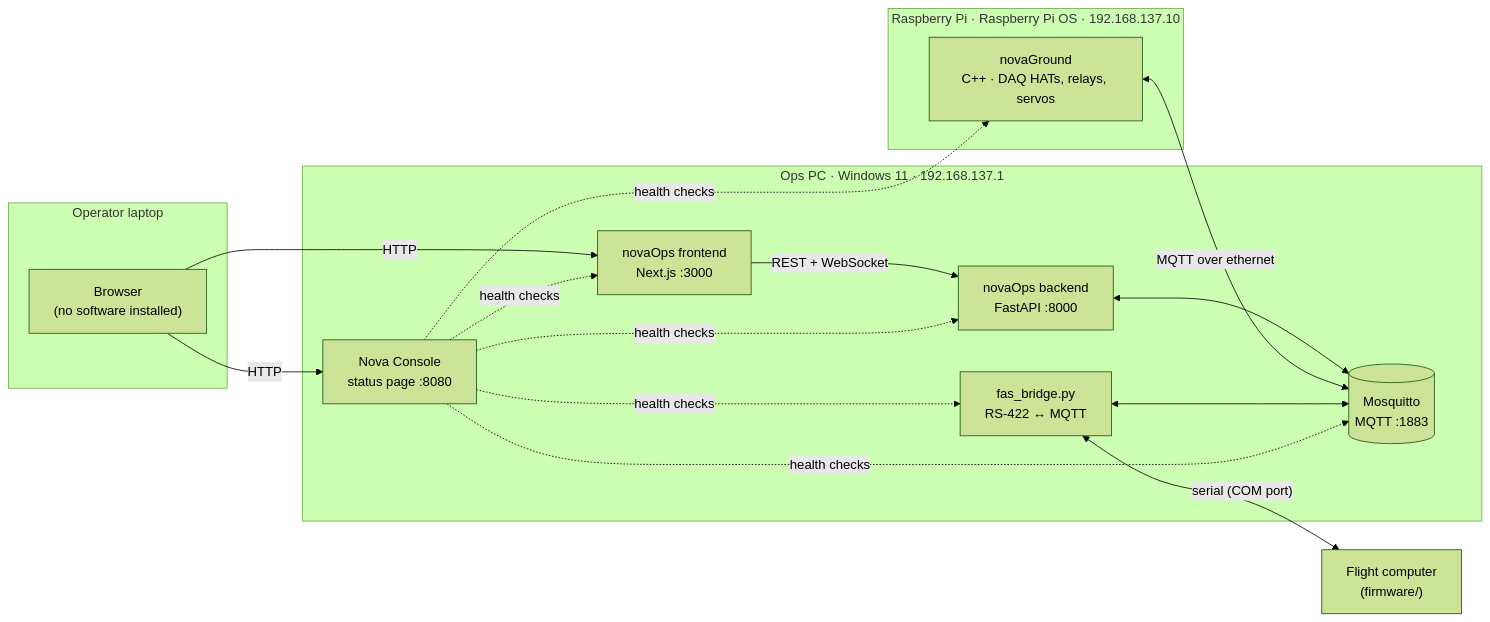
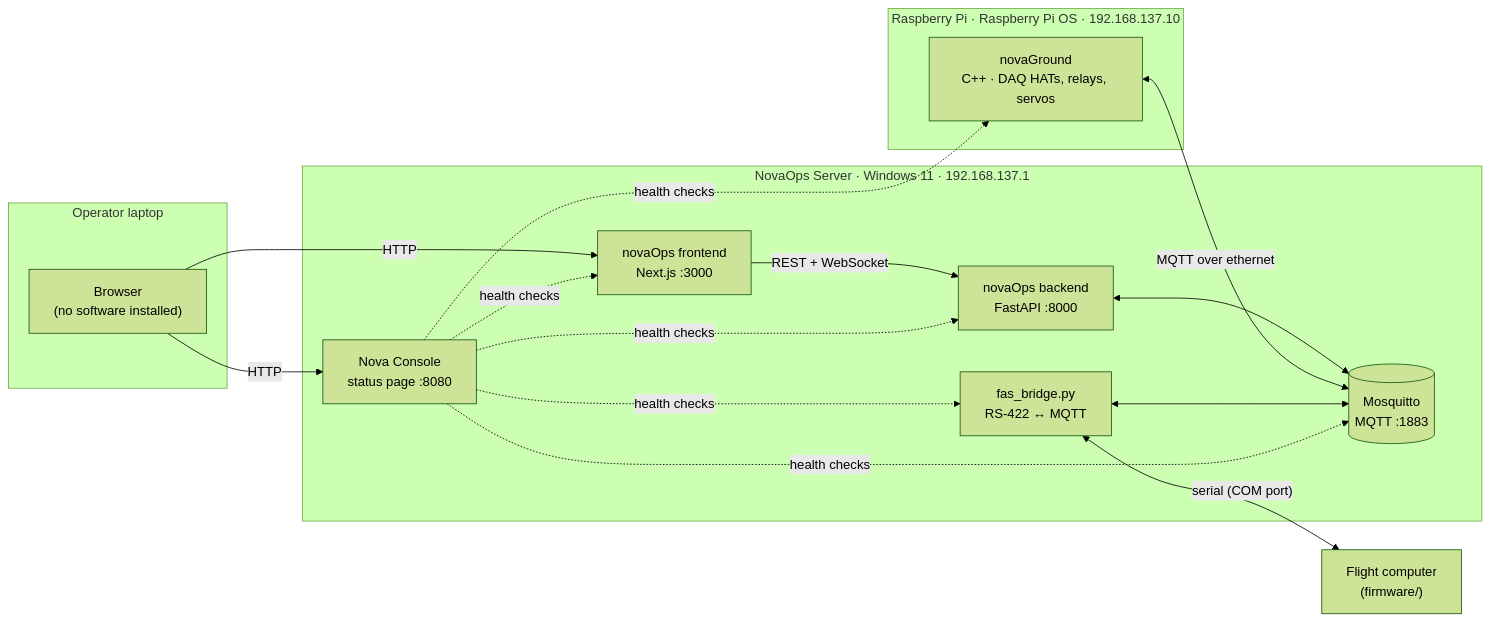
Before and after one commit to UTATRocketry/Nova-Collected: the first of 2 diagrams in README.md, drawn with Mermaid (forest theme). The commit also changed other lines of this file and 13 other files, not shown here.

````diff
--- a/README.md
+++ b/README.md
@@ -22,29 +26,29 @@
 ```mermaid
 flowchart LR
     subgraph LAPTOP["Operator laptop"]
         B["Browser<br/>(no software installed)"]
     end
 
-    subgraph PC["Ops PC · Windows 11 · 192.168.137.1"]
+    subgraph PC["NovaOps Server · Windows 11 · 192.168.137.1"]
         FE["novaOps frontend<br/>Next.js :3000"]
         BE["novaOps backend<br/>FastAPI :8000"]
         MQ[("Mosquitto<br/>MQTT :1883")]
         FAS["fas_bridge.py<br/>RS-422 ↔ MQTT"]
         CON["Nova Console<br/>status page :8080"]
     end
 
     subgraph PI["Raspberry Pi · Raspberry Pi OS · 192.168.137.10"]
         NG["novaGround<br/>C++ · DAQ HATs, relays, servos"]
     end
 
     FC["Flight computer<br/>(firmware/)"]
 
     B -- HTTP --> FE
     B -- HTTP --> CON
     FE -- "REST + WebSocket" --> BE
     BE <--> MQ
     NG <-- "MQTT over ethernet" --> MQ
     FAS <--> MQ
     FAS <-- "serial (COM port)" --> FC
     CON -. health checks .-> BE & FE & FAS & MQ & NG
 ```
````
